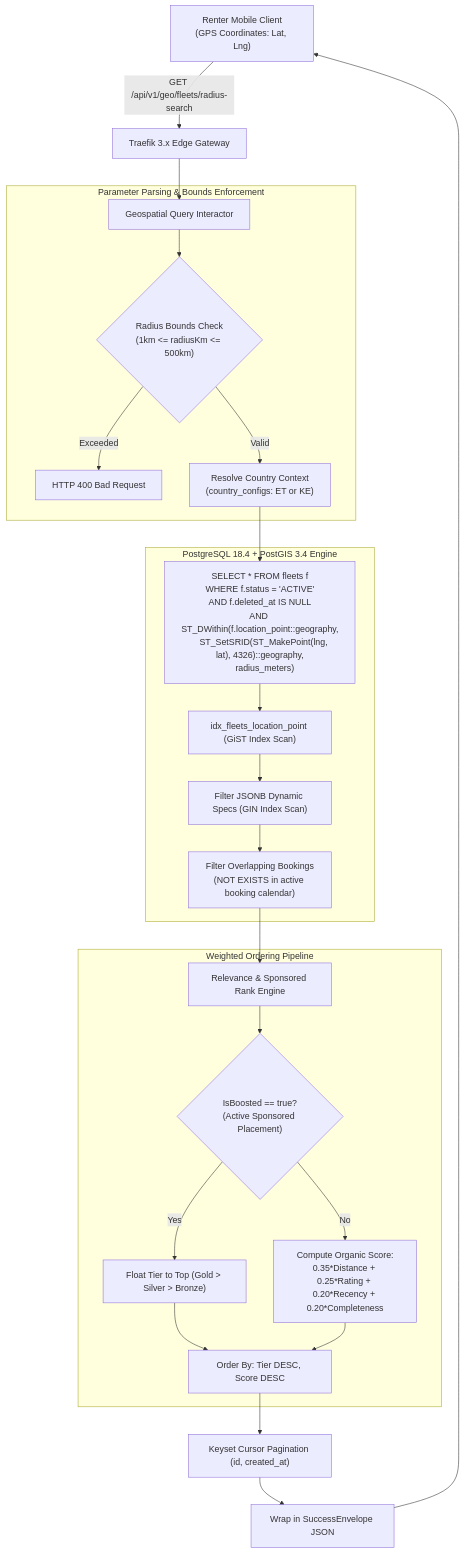
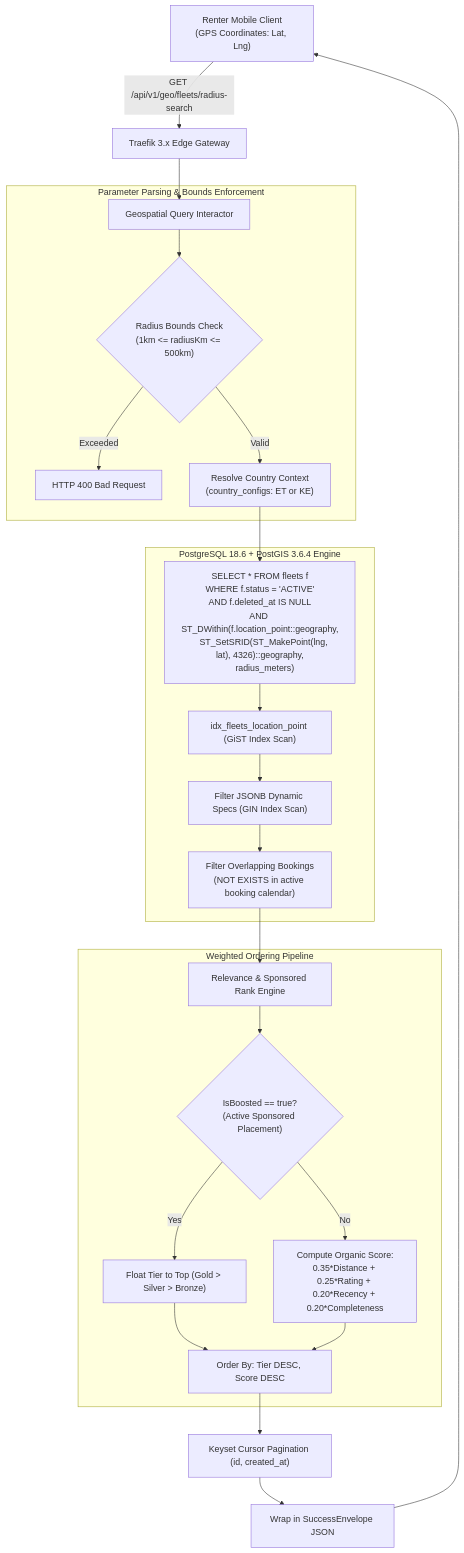
One commit to YDink/Heavy-Machinery-Logistics-Rental changed the sixth of 20 diagrams in docs/source/Dink_Machinery_UI_UX_Design_Brief.md. Above: the diagram before and after it, drawn with Mermaid. The commit also changed other lines of this file and 212 other files, not shown here.

````diff
--- a/docs/source/Dink_Machinery_UI_UX_Design_Brief.md
+++ b/docs/source/Dink_Machinery_UI_UX_Design_Brief.md
@@ -293,32 +293,32 @@
 ```mermaid
 flowchart TD
     Client["Renter Mobile Client<br>(GPS Coordinates: Lat, Lng)"] -->|GET /api/v1/geo/fleets/radius-search| Gateway[Traefik 3.x Edge Gateway]
     Gateway --> GeoEngine[Geospatial Query Interactor]
 
     subgraph QueryParser["Parameter Parsing & Bounds Enforcement"]
         GeoEngine --> BoundingCheck{"Radius Bounds Check<br>(1km <= radiusKm <= 500km)"}
         BoundingCheck -- Exceeded --> Err400[HTTP 400 Bad Request]
         BoundingCheck -- Valid --> CountryContext["Resolve Country Context<br>(country_configs: ET or KE)"]
     end
 
-    subgraph PostGISExecution["PostgreSQL 18.4 + PostGIS 3.4 Engine"]
+    subgraph PostGISExecution["PostgreSQL 18.6 + PostGIS 3.6.4 Engine"]
         CountryContext --> SQLQuery["SELECT * FROM fleets f<br>WHERE f.status = 'ACTIVE'<br>AND f.deleted_at IS NULL<br>AND ST_DWithin(f.location_point::geography,<br>    ST_SetSRID(ST_MakePoint(lng, lat), 4326)::geography,<br>    radius_meters)"]
         SQLQuery --> SpatialIndex["idx_fleets_location_point (GiST Index Scan)"]
         SpatialIndex --> SpecFilter["Filter JSONB Dynamic Specs (GIN Index Scan)"]
         SpecFilter --> AvailabilitySubquery["Filter Overlapping Bookings<br>(NOT EXISTS in active booking calendar)"]
     end
 
     AvailabilitySubquery --> RankingEngine[Relevance & Sponsored Rank Engine]
 
     subgraph RankingLogic["Weighted Ordering Pipeline"]
         RankingEngine --> BoostCheck{"IsBoosted == true?<br>(Active Sponsored Placement)"}
         BoostCheck -- Yes --> FloatTop["Float Tier to Top (Gold > Silver > Bronze)"]
         BoostCheck -- No --> OrganicScore["Compute Organic Score:<br>0.35*Distance + 0.25*Rating + 0.20*Recency + 0.20*Completeness"]
         FloatTop --> SortOutput[Order By: Tier DESC, Score DESC]
         OrganicScore --> SortOutput
     end
 
     SortOutput --> KeysetPagination["Keyset Cursor Pagination (id, created_at)"]
     KeysetPagination --> PayloadEnvelope["Wrap in SuccessEnvelope JSON"]
     PayloadEnvelope --> Client
 ```
````
